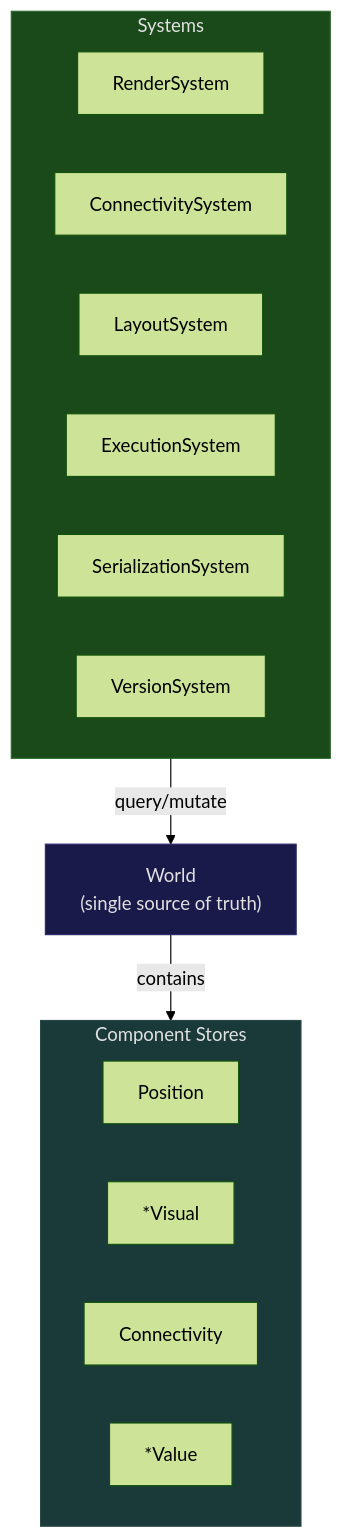
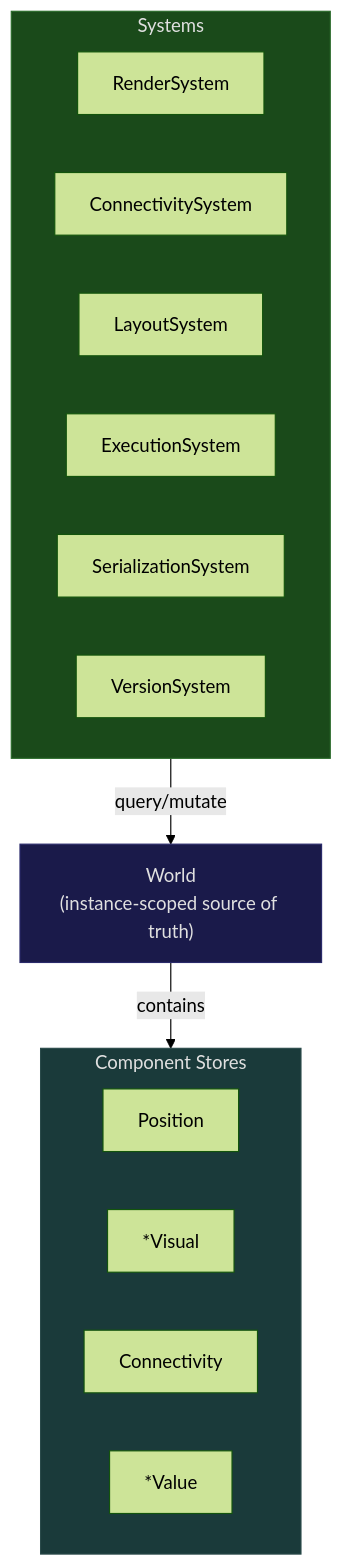
The ninth of 12 diagrams in docs/architecture/ecs-target-architecture.md (Comfy-Org/ComfyUI_frontend), drawn with Mermaid (forest theme) before and after one commit. The commit also changed other lines of this file and 2 other files, not shown here.

First line of the commit message:
docs: clarify ECS instance scoping, subgraph recursion, layout decoupling, and phase gates

````diff
--- a/docs/architecture/ecs-target-architecture.md
+++ b/docs/architecture/ecs-target-architecture.md
@@ -359,28 +383,28 @@
 ```mermaid
 graph TD
     subgraph Systems["Systems"]
         RS["RenderSystem"]
         CS["ConnectivitySystem"]
         LS["LayoutSystem"]
         ES["ExecutionSystem"]
         SS["SerializationSystem"]
         VS["VersionSystem"]
     end
 
     World["World
-(single source of truth)"]
+(instance-scoped source of truth)"]
 
     subgraph Components["Component Stores"]
         Pos["Position"]
         Vis["*Visual"]
         Con["Connectivity"]
         Val["*Value"]
     end
 
     Systems -->|"query/mutate"| World
     World -->|"contains"| Components
 
     style Systems fill:#1a4a1a,stroke:#2a6a2a,color:#e0e0e0
     style World fill:#1a1a4a,stroke:#2a2a6a,color:#e0e0e0
     style Components fill:#1a3a3a,stroke:#2a4a4a,color:#e0e0e0
 ```
````
